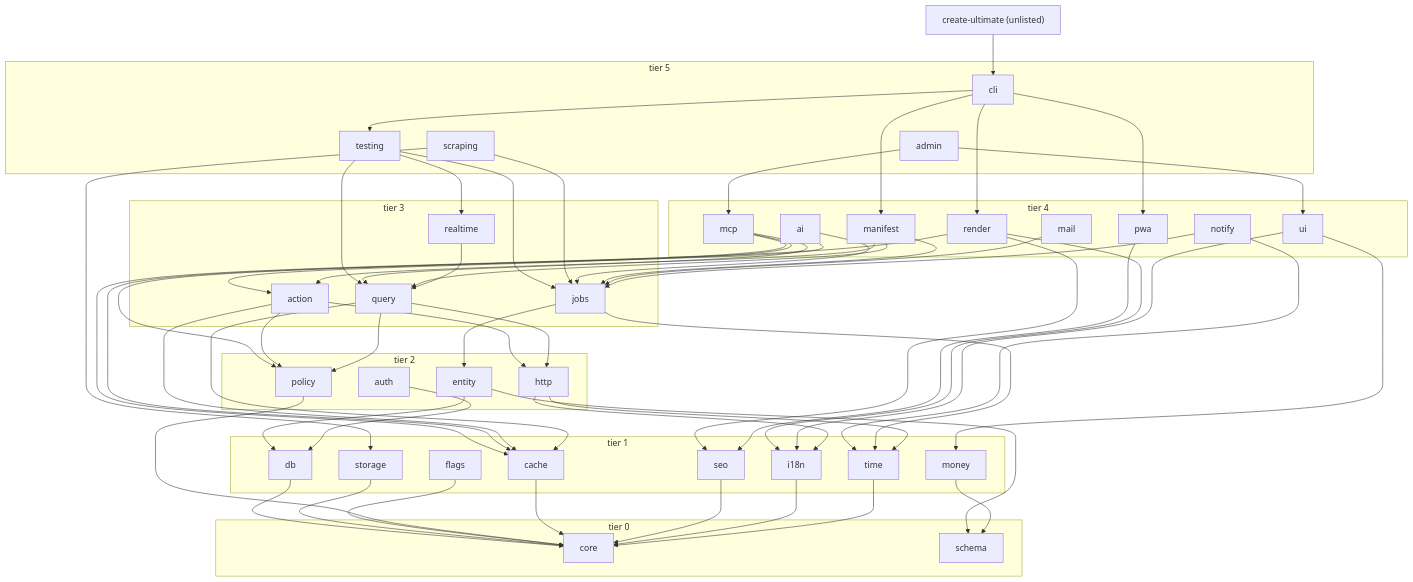
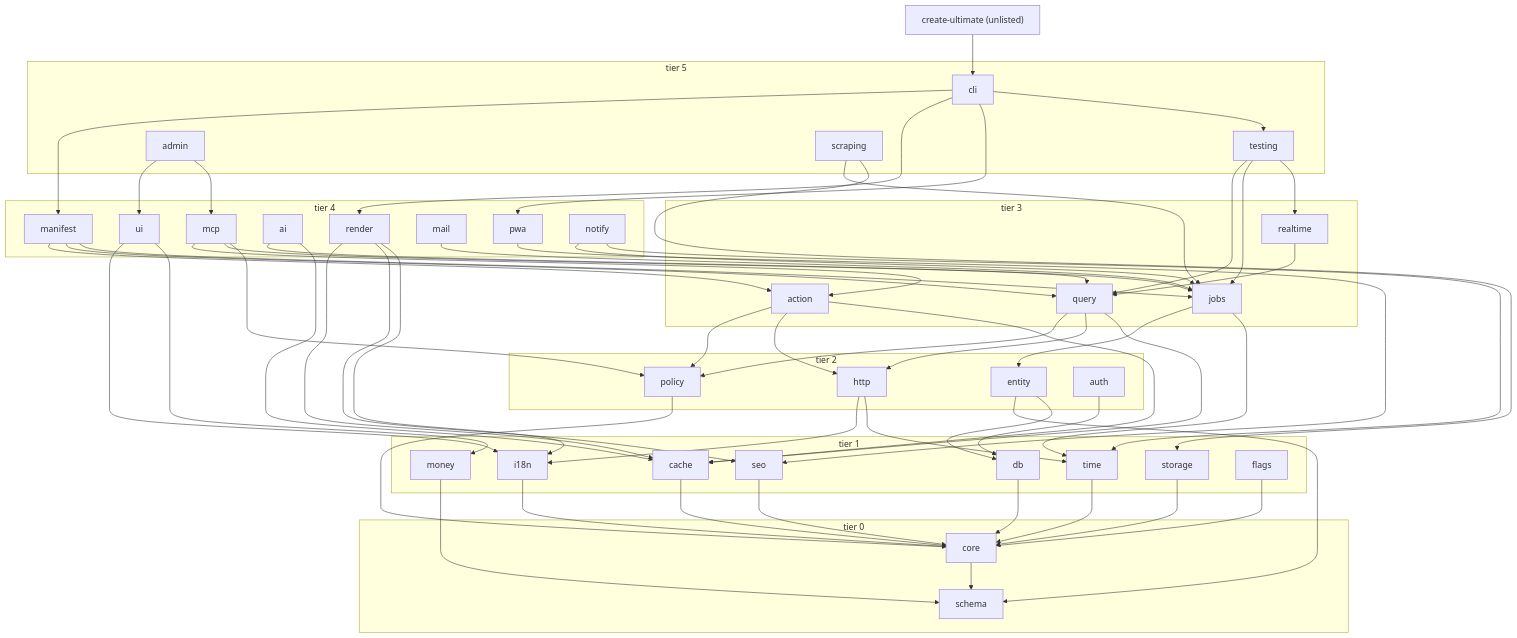
One commit to developerz-ai/ultimate changed the diagram in docs/architecture/01-package-map.md. Above: the diagram before and after it, drawn with Mermaid. The commit also changed other lines of this file and 27 other files, not shown here.

````diff
--- a/docs/architecture/01-package-map.md
+++ b/docs/architecture/01-package-map.md
@@ -107,80 +110,82 @@
 ```mermaid
 graph TD
   create-ultimate["create-ultimate (unlisted)"]
   subgraph T5["tier 5"]
     cli; testing; admin; scraping
   end
   subgraph T4["tier 4"]
     render; pwa; mcp; ai; manifest; mail; ui; notify
   end
   subgraph T3["tier 3"]
     action; query; jobs; realtime
   end
   subgraph T2["tier 2"]
     entity; policy; http; auth
   end
   subgraph T1["tier 1"]
     i18n; money; time; cache; seo; db; storage; flags
   end
   subgraph T0["tier 0"]
     core; schema
   end
 
   create-ultimate --> cli
 
   cli --> manifest
   cli --> render
   cli --> pwa
   cli --> testing
   testing --> query
   testing --> jobs
   testing --> realtime
   admin --> ui
   admin --> mcp
   scraping --> jobs
   scraping --> storage
 
   render --> cache
   render --> seo
   render --> i18n
   ui --> i18n
   ui --> money
   pwa --> seo
   mcp --> action
   mcp --> query
   mcp --> policy
   ai --> jobs
   ai --> cache
   manifest --> action
   manifest --> query
   manifest --> jobs
   mail --> jobs
   notify --> jobs
   notify --> time
 
   action --> policy
   action --> http
   action --> cache
   query --> policy
   query --> http
   query --> cache
   jobs --> entity
   jobs --> time
   realtime --> query
 
   entity --> schema
   entity --> db
   auth --> db
   db --> core
   storage --> core
   flags --> core
   policy --> core
   http --> i18n
   http --> time
   cache --> core
   seo --> core
 
   i18n --> core
   money --> schema
   time --> core
+
+  core --> schema
 ```
````
